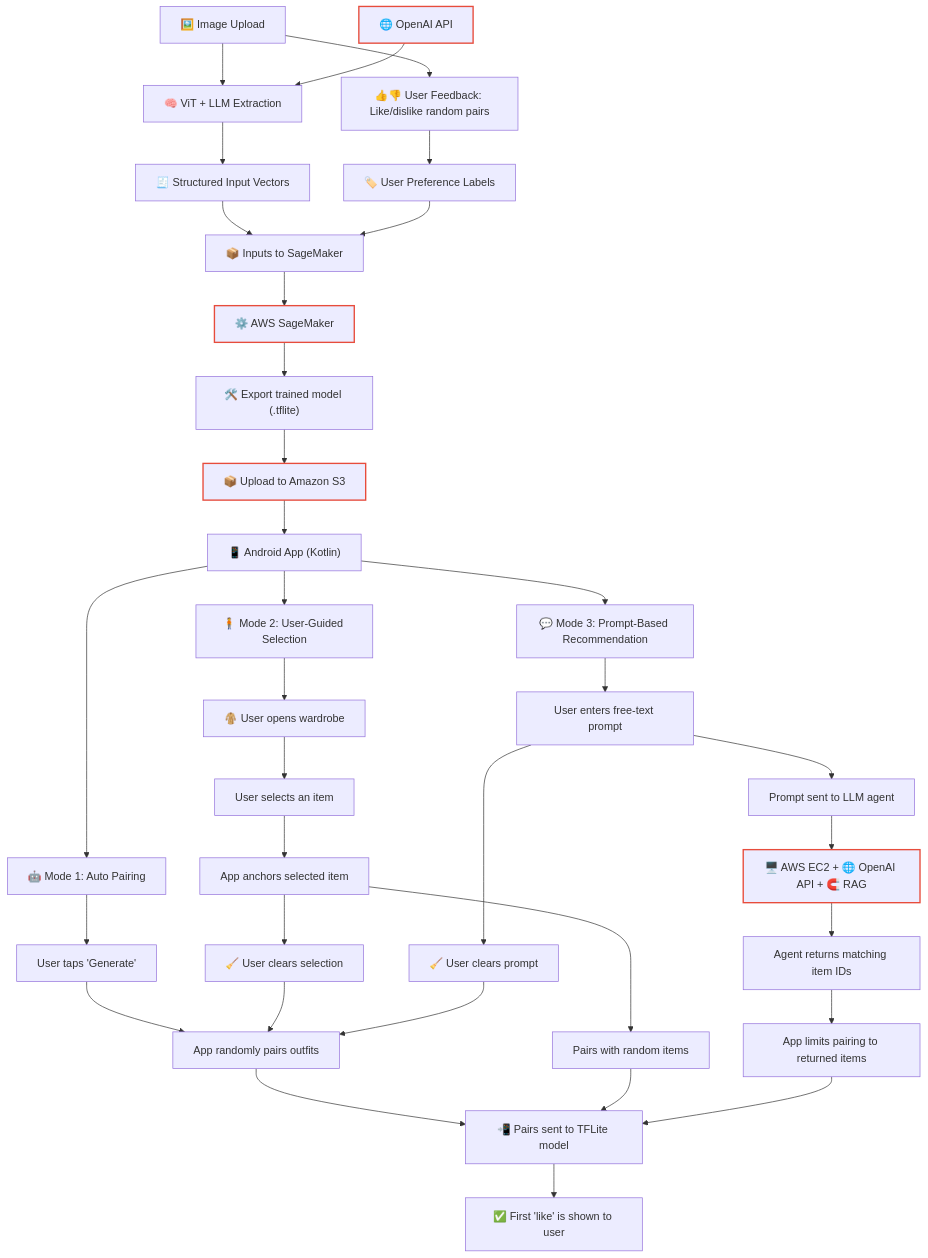
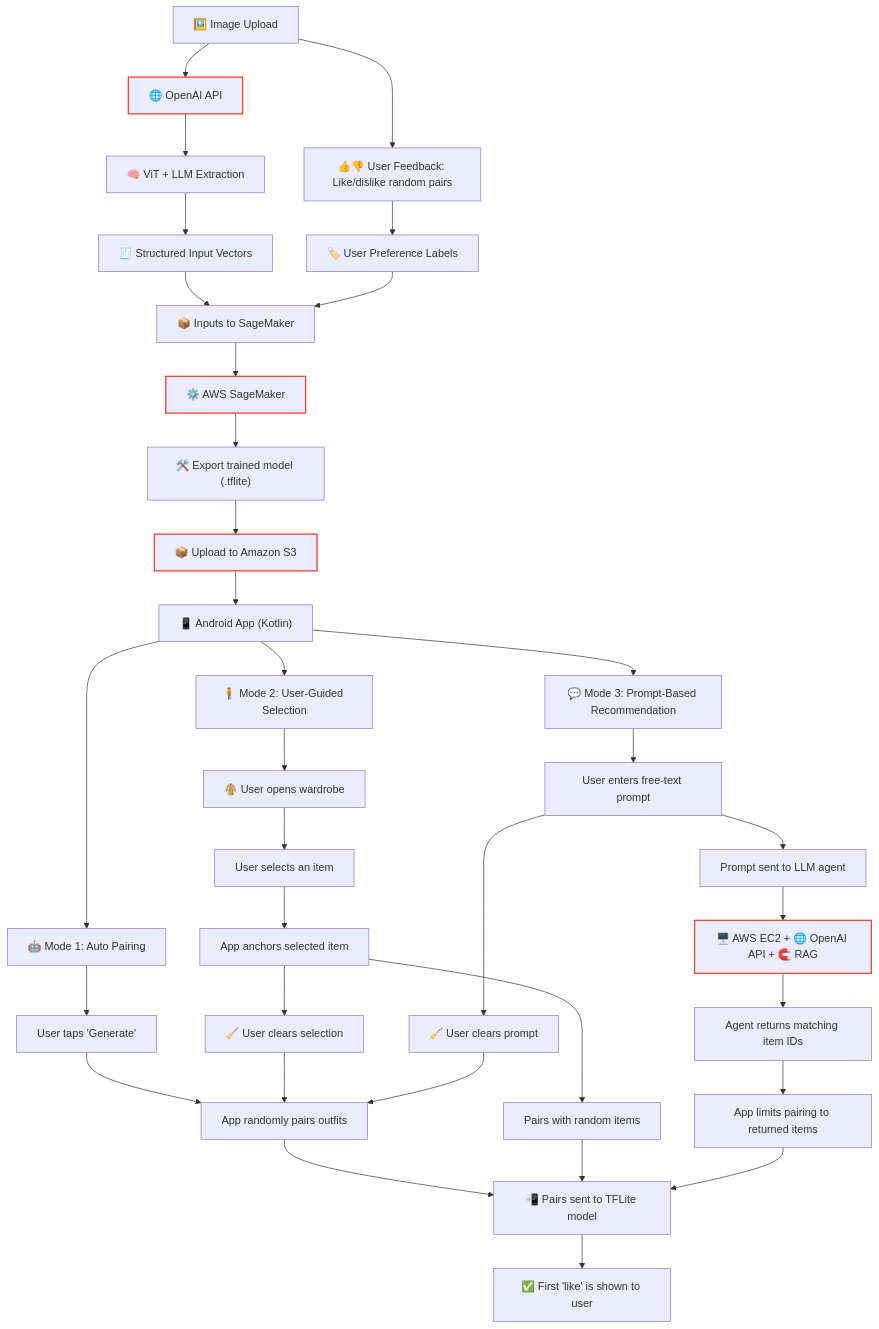
One commit to DressMe-AI/awesome-dressmeai changed the diagram in README.md. Above: the diagram before and after it, drawn with Mermaid.

````diff
--- a/README.md
+++ b/README.md
@@ -44,54 +44,52 @@
 ```mermaid
 flowchart TD
     %% Core pipeline
-    A["🖼️ Image Upload"] --> B
+    A["🖼️ Image Upload"] --> openai_call
+    openai_call["🌐 OpenAI API"]:::highlighted --> B
+    B["🧠 ViT + LLM Extraction"] --> D
     A --> C
-    ext_openai["🌐 OpenAI API"] --> B
-    B["🧠 ViT + LLM Extraction"] --> D
     C["👍👎 User Feedback: Like/dislike random pairs"] --> E
     D["🧾 Structured Input Vectors"] --> train_input
     E["🏷️ User Preference Labels"] --> train_input
     train_input["📦 Inputs to SageMaker"] --> sagemaker["⚙️ AWS SageMaker"]:::external
     sagemaker --> tflite_export["🛠️ Export trained model (.tflite)"]
     tflite_export --> S3_upload["📦 Upload to Amazon S3"]:::external
     S3_upload --> H_app["📱 Android App (Kotlin)"]
-    H_app["📱 Android App (Kotlin)"] --> I1_start
+    H_app --> I1_start
     H_app --> I2_start
     H_app --> I3_start
 
     %% Mode 1
     I1_start["🤖 Mode 1: Auto Pairing"] --> I1_a["User taps 'Generate'"]
     I1_a --> I1_b["App randomly pairs outfits"]
     I1_b --> I_common
 
     %% Mode 2
     I2_start["🧍 Mode 2: User-Guided Selection"] --> I2_a["🧥 User opens wardrobe"]
     I2_a --> I2_access["User selects an item"]
     I2_access --> I2_b["App anchors selected item"]
     I2_b --> I2_c["Pairs with random items"]
     I2_b --> I2_fallback["🧹 User clears selection"]
     I2_fallback --> I1_b
     I2_c --> I_common
 
     %% Mode 3
     I3_start["💬 Mode 3: Prompt-Based Recommendation"] --> I3_a["User enters free-text prompt"]
     I3_a --> I3_fallback["🧹 User clears prompt"]
     I3_fallback --> I1_b
     I3_a --> I3_b["Prompt sent to LLM agent"]
     I3_b --> ext_ec2
-    ext_ec2 --> I3_c["Agent returns matching item IDs"]
+    ext_ec2["🖥️ AWS EC2 + 🌐 OpenAI API + 🧲 RAG"]:::external --> I3_c["Agent returns matching item IDs"]
     I3_c --> I3_d["App limits pairing to returned items"]
     I3_d --> I_common
 
     %% Shared DL inference
     I_common["📲 Pairs sent to TFLite model"] --> I_final["✅ First 'like' is shown to user"]
 
-    %% External systems as side nodes
-    ext_openai["🌐 OpenAI API"]:::external
-    ext_ec2["🖥️ AWS EC2 + 🌐 OpenAI API + 🧲 RAG"]:::external
-
-    %% Styling for external nodes
+    %% Styling
     classDef external stroke:#e74c3c,stroke-width:2px;
-    class S3_upload,sagemaker external;
+    classDef highlighted stroke:#e74c3c,stroke-width:2px;
+    class openai_call highlighted;
+    class ext_ec2,sagemaker,S3_upload external;
 
 ```
````
